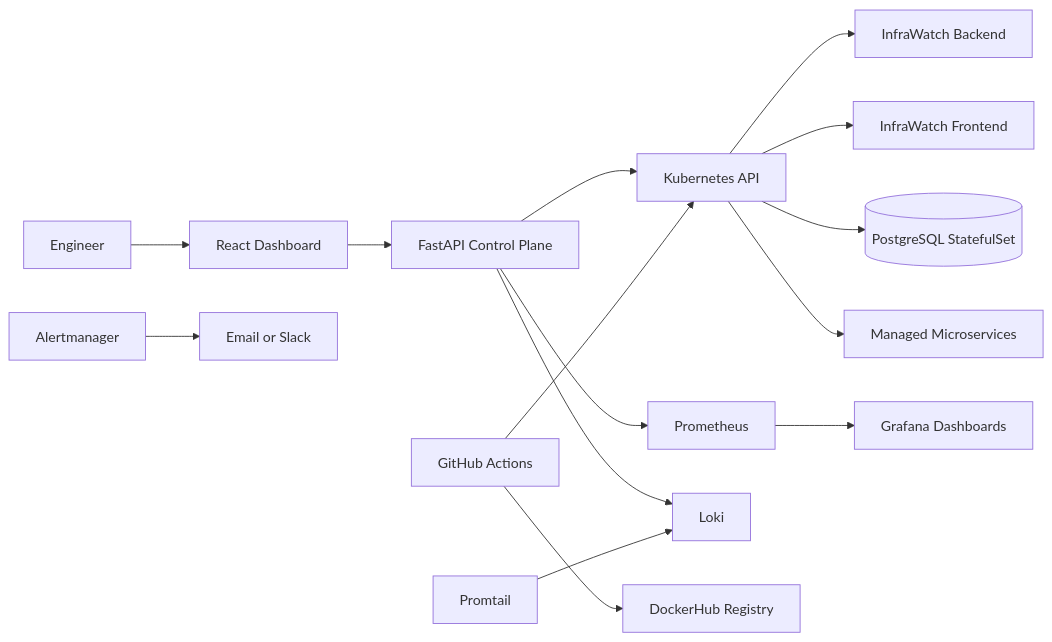
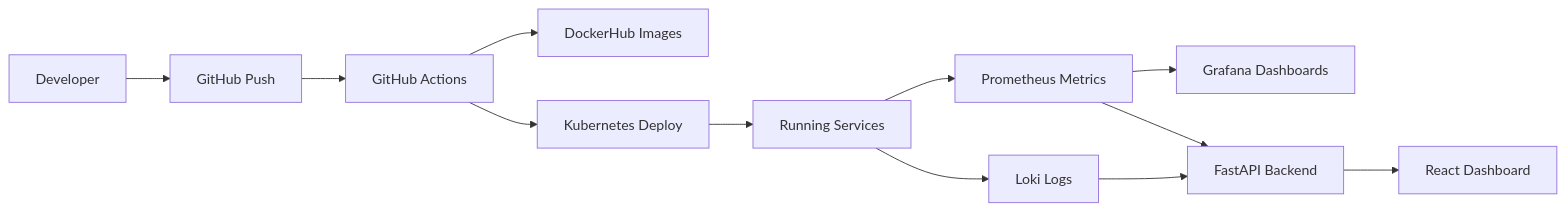
The diagram in README.md (ParthrChandurkar/InfraWatch-Zero-Touch-Deployments-with-Full-Infrastructure-Visibility), drawn with Mermaid before and after one commit. The commit also changed other lines of this file, not shown here.

````diff
--- a/README.md
+++ b/README.md
@@ -11,17 +16,14 @@
 ```mermaid
 flowchart LR
-    User[Engineer] --> UI[React Dashboard]
-    UI --> API[FastAPI Control Plane]
-    API --> K8S[Kubernetes API]
-    API --> PROM[Prometheus]
-    API --> LOKI[Loki]
-    GitHub[GitHub Actions] --> DockerHub[DockerHub Registry]
-    GitHub --> K8S
-    K8S --> Backend[InfraWatch Backend]
-    K8S --> Frontend[InfraWatch Frontend]
-    K8S --> Postgres[(PostgreSQL StatefulSet)]
-    K8S --> Apps[Managed Microservices]
-    Promtail[Promtail] --> LOKI
-    PROM --> Grafana[Grafana Dashboards]
-    Alertmanager[Alertmanager] --> Ops[Email or Slack]
+    Dev[Developer] --> GitHub[GitHub Push]
+    GitHub --> Actions[GitHub Actions]
+    Actions --> DockerHub[DockerHub Images]
+    Actions --> K8S[Kubernetes Deploy]
+    K8S --> Apps[Running Services]
+    Apps --> Prometheus[Prometheus Metrics]
+    Apps --> Loki[Loki Logs]
+    Prometheus --> Grafana[Grafana Dashboards]
+    Loki --> API[FastAPI Backend]
+    Prometheus --> API
+    API --> UI[React Dashboard]
 ```
````
